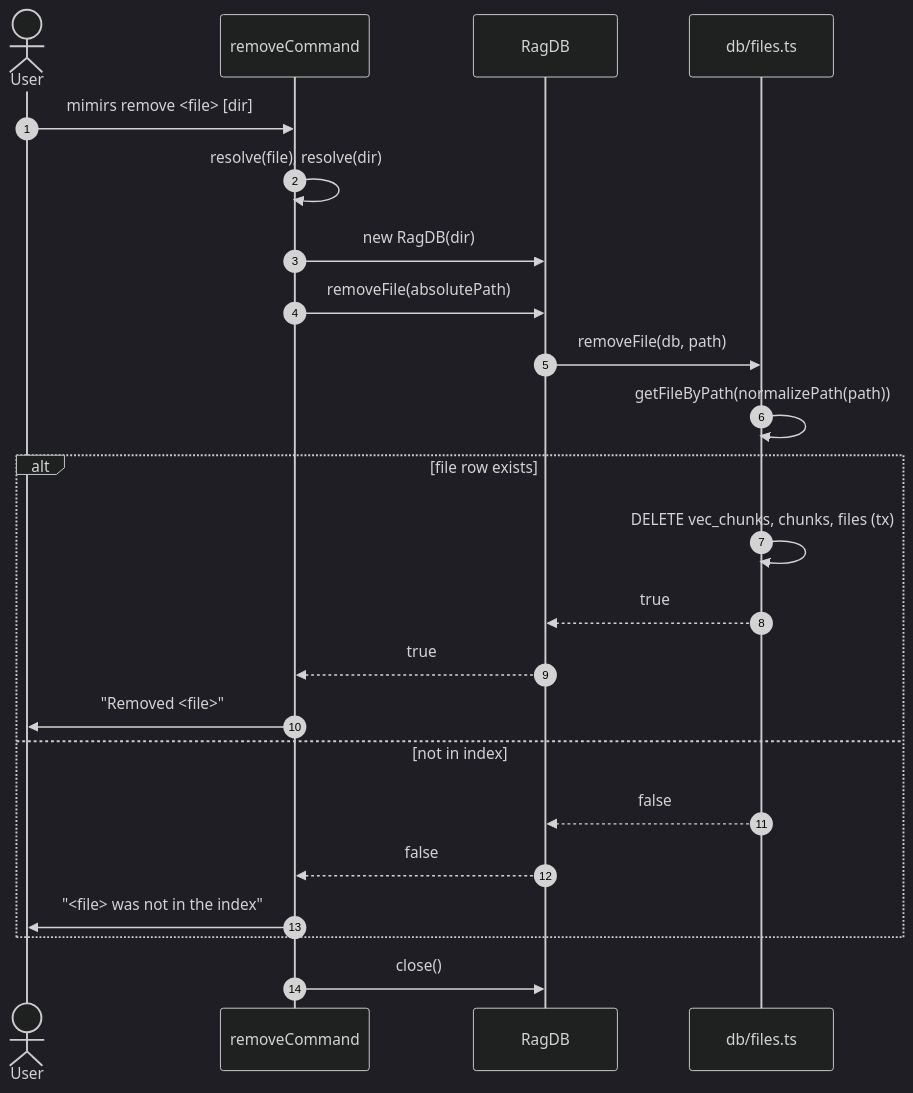
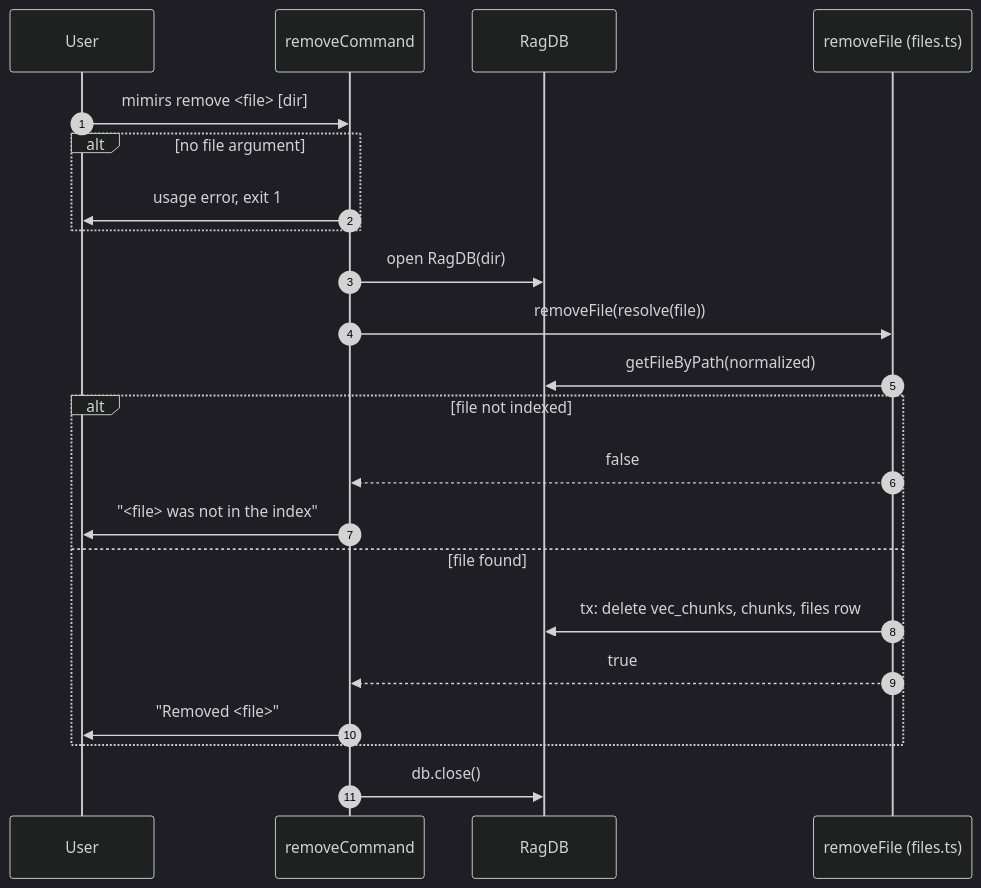
Before and after one commit to TheWinci/mimirs: the diagram in wiki/cli/remove.md, drawn with Mermaid (dark theme). The commit also changed other lines of this file and 52 other files, not shown here.

````diff
--- a/wiki/cli/remove.md
+++ b/wiki/cli/remove.md
@@ -15,25 +11,24 @@
 ```mermaid
 sequenceDiagram
     autonumber
-    actor User
-    participant CLI as removeCommand
+    participant User
+    participant Cmd as removeCommand
     participant DB as RagDB
-    participant Files as db/files.ts
-    User->>CLI: mimirs remove <file> [dir]
-    CLI->>CLI: resolve(file), resolve(dir)
-    CLI->>DB: new RagDB(dir)
-    CLI->>DB: removeFile(absolutePath)
-    DB->>Files: removeFile(db, path)
-    Files->>Files: getFileByPath(normalizePath(path))
-    alt file row exists
-        Files->>Files: DELETE vec_chunks, chunks, files (tx)
-        Files-->>DB: true
-        DB-->>CLI: true
-        CLI->>User: "Removed <file>"
-    else not in index
-        Files-->>DB: false
-        DB-->>CLI: false
-        CLI->>User: "<file> was not in the index"
+    participant Files as removeFile (files.ts)
+    User->>Cmd: mimirs remove <file> [dir]
+    alt no file argument
+        Cmd->>User: usage error, exit 1
     end
-    CLI->>DB: close()
+    Cmd->>DB: open RagDB(dir)
+    Cmd->>Files: removeFile(resolve(file))
+    Files->>DB: getFileByPath(normalized)
+    alt file not indexed
+        Files-->>Cmd: false
+        Cmd->>User: "<file> was not in the index"
+    else file found
+        Files->>DB: tx: delete vec_chunks, chunks, files row
+        Files-->>Cmd: true
+        Cmd->>User: "Removed <file>"
+    end
+    Cmd->>DB: db.close()
 ```
````
